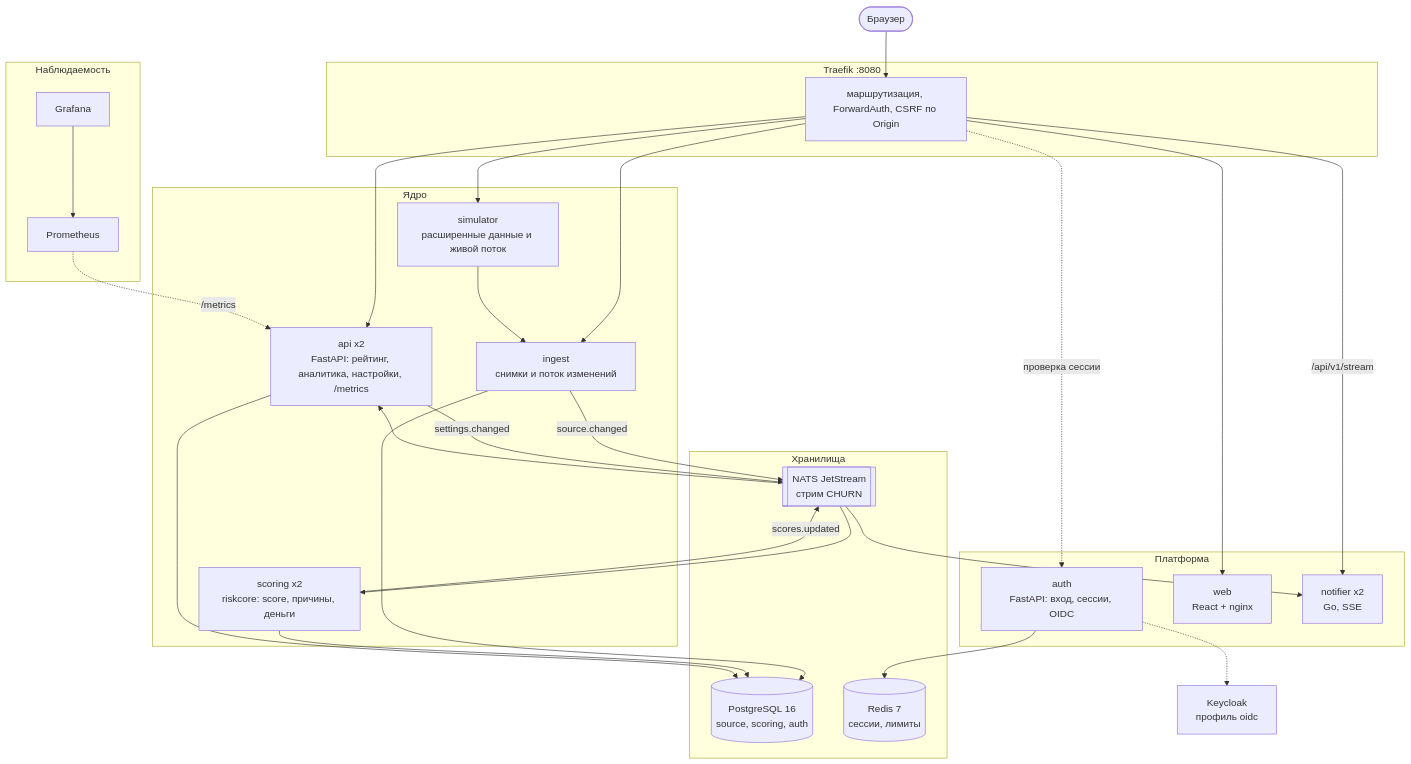
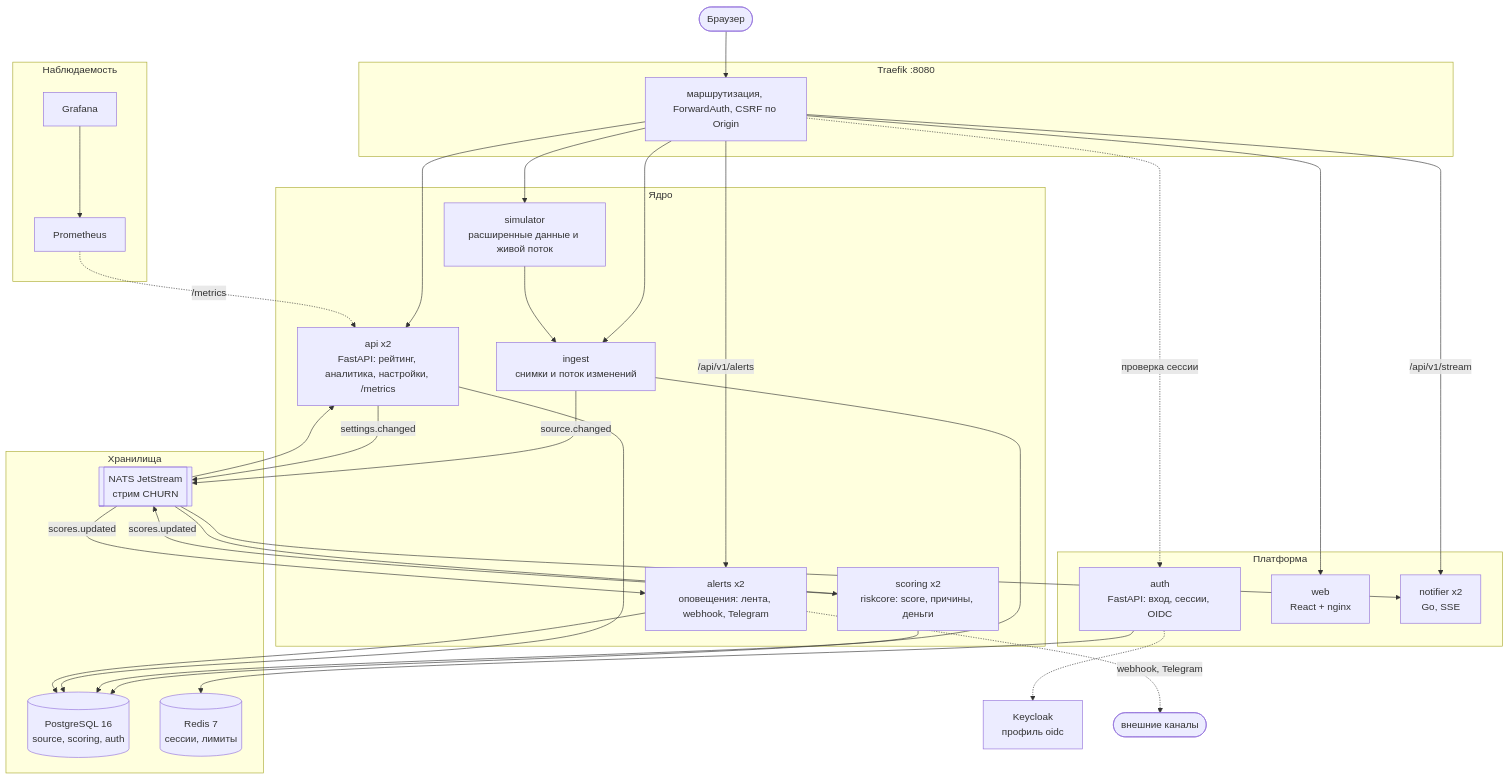
Before and after one commit to dimon0804/ChurnRadar: the diagram in README.md, drawn with Mermaid. The commit also changed other lines of this file and 3 other files, not shown here.

First line of the commit message:
docs: оповещения в README и схеме архитектуры

````diff
--- a/README.md
+++ b/README.md
@@ -165,56 +166,61 @@
 ```mermaid
 flowchart TB
     browser(["Браузер"])
 
     subgraph gw["Traefik :8080"]
         traefik["маршрутизация, ForwardAuth, CSRF по Origin"]
     end
 
     subgraph platform["Платформа"]
         auth["auth<br/>FastAPI: вход, сессии, OIDC"]
         web["web<br/>React + nginx"]
         notifier["notifier x2<br/>Go, SSE"]
     end
 
     subgraph core["Ядро"]
         api["api x2<br/>FastAPI: рейтинг, аналитика, настройки, /metrics"]
         ingest["ingest<br/>снимки и поток изменений"]
         scoring["scoring x2<br/>riskcore: score, причины, деньги"]
         simulator["simulator<br/>расширенные данные и живой поток"]
+        alerts["alerts x2<br/>оповещения: лента, webhook, Telegram"]
     end
 
     subgraph data["Хранилища"]
         pg[("PostgreSQL 16<br/>source, scoring, auth")]
         redis[("Redis 7<br/>сессии, лимиты")]
         nats[["NATS JetStream<br/>стрим CHURN"]]
     end
 
     subgraph obs["Наблюдаемость"]
         prom["Prometheus"]
         graf["Grafana"]
     end
 
     keycloak["Keycloak<br/>профиль oidc"]
 
     browser --> traefik
     traefik -. "проверка сессии" .-> auth
     traefik --> web
     traefik --> api
     traefik --> ingest
     traefik --> simulator
     traefik -- "/api/v1/stream" --> notifier
     auth --> redis
     auth -.-> keycloak
     simulator --> ingest
     ingest --> pg
     ingest -- "source.changed" --> nats
     api -- "settings.changed" --> nats
     nats --> scoring
     scoring --> pg
     scoring -- "scores.updated" --> nats
     nats --> notifier
     nats --> api
     api --> pg
+    traefik -- "/api/v1/alerts" --> alerts
+    nats -- "scores.updated" --> alerts
+    alerts --> pg
+    alerts -. "webhook, Telegram" .-> outside(["внешние каналы"])
     prom -. "/metrics" .-> api
     graf --> prom
 ```
````
